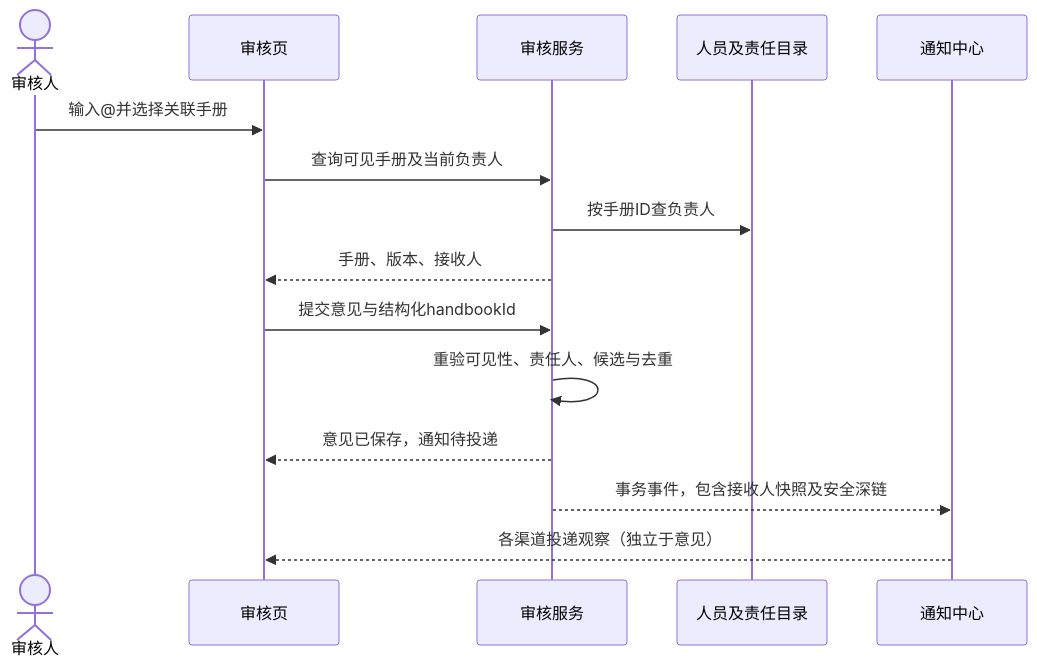
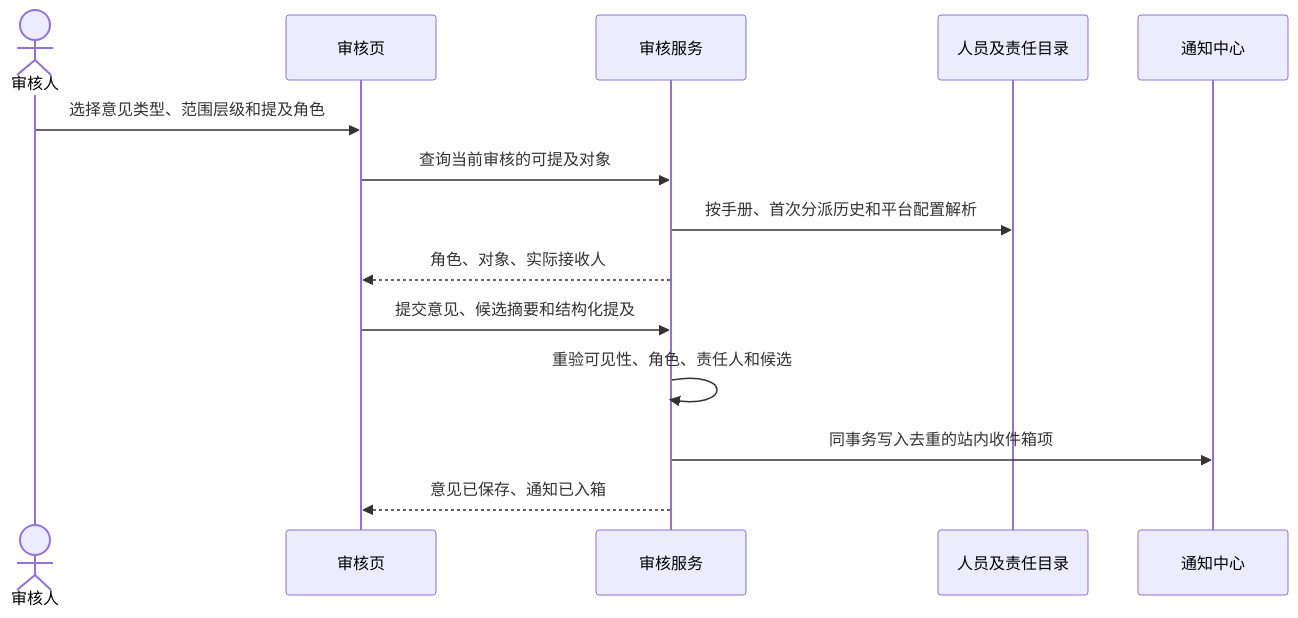
The fifth of 8 diagrams in .codex/知识中心建设平台/03-详细设计/知识中心-文档任务-异常回流与重新流转-详细设计文档.md (heyyang0210/kb-builder), drawn with Mermaid before and after one commit. The commit also changed other lines of this file and 57 other files, not shown here.

````diff
--- a/.codex/知识中心建设平台/03-详细设计/知识中心-文档任务-异常回流与重新流转-详细设计文档.md
+++ b/.codex/知识中心建设平台/03-详细设计/知识中心-文档任务-异常回流与重新流转-详细设计文档.md
@@ -140,17 +158,16 @@
 ```mermaid
 sequenceDiagram
     actor R as 审核人
     participant UI as 审核页
     participant A as 审核服务
     participant D as 人员及责任目录
     participant N as 通知中心
-    R->>UI: 输入@并选择关联手册
-    UI->>A: 查询可见手册及当前负责人
-    A->>D: 按手册ID查负责人
-    A-->>UI: 手册、版本、接收人
-    UI->>A: 提交意见与结构化handbookId
-    A->>A: 重验可见性、责任人、候选与去重
-    A-->>UI: 意见已保存，通知待投递
-    A-->>N: 事务事件，包含接收人快照及安全深链
-    N-->>UI: 各渠道投递观察（独立于意见）
+    R->>UI: 选择意见类型、范围层级和提及角色
+    UI->>A: 查询当前审核的可提及对象
+    A->>D: 按手册、首次分派历史和平台配置解析
+    A-->>UI: 角色、对象、实际接收人
+    UI->>A: 提交意见、候选摘要和结构化提及
+    A->>A: 重验可见性、角色、责任人和候选
+    A->>N: 同事务写入去重的站内收件箱项
+    A-->>UI: 意见已保存、通知已入箱
 ```
````
